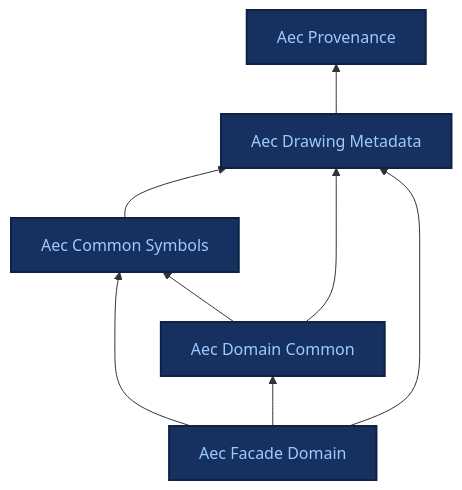
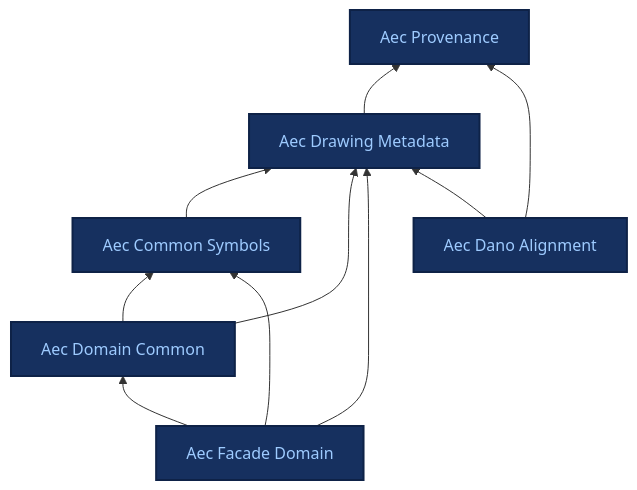
One commit to BuroHappoldMachineLearning/ADIRO changed the diagram in docs/ontologies/index.md. Above: the diagram before and after it, drawn with Mermaid. The commit also changed other lines of this file and 11 other files, not shown here.

````diff
--- a/docs/ontologies/index.md
+++ b/docs/ontologies/index.md
@@ -9,23 +9,27 @@
 ```mermaid
 %%{init: {"themeCSS": ".base .nodeLabel,.base .nodeLabel p,.base text,.base tspan{fill:#9ecbff !important;color:#9ecbff !important}.current .nodeLabel,.current .nodeLabel p,.current text,.current tspan{fill:#16305f !important;color:#16305f !important}"} }%%
 graph BT
     aec_provenance["Aec Provenance"]
     aec_drawing_metadata["Aec Drawing Metadata"]
     aec_common_symbols["Aec Common Symbols"]
     aec_domain_common["Aec Domain Common"]
     aec_facade_domain["Aec Facade Domain"]
+    aec_dano_alignment["Aec Dano Alignment"]
     aec_drawing_metadata --> aec_provenance
     aec_common_symbols --> aec_drawing_metadata
     aec_domain_common --> aec_common_symbols
     aec_domain_common --> aec_drawing_metadata
     aec_facade_domain --> aec_common_symbols
     aec_facade_domain --> aec_domain_common
     aec_facade_domain --> aec_drawing_metadata
+    aec_dano_alignment --> aec_drawing_metadata
+    aec_dano_alignment --> aec_provenance
     click aec_provenance "aec_provenance/" "Aec Provenance reference page"
     click aec_drawing_metadata "aec_drawing_metadata/" "Aec Drawing Metadata reference page"
     click aec_common_symbols "aec_common_symbols/" "Aec Common Symbols reference page"
     click aec_domain_common "aec_domain_common/" "Aec Domain Common reference page"
     click aec_facade_domain "aec_facade_domain/" "Aec Facade Domain reference page"
+    click aec_dano_alignment "aec_dano_alignment/" "Aec Dano Alignment reference page"
     classDef base fill:#16305f,stroke:#0e2247,stroke-width:2px,color:#9ecbff;
-    class aec_provenance,aec_drawing_metadata,aec_common_symbols,aec_domain_common,aec_facade_domain base;
+    class aec_provenance,aec_drawing_metadata,aec_common_symbols,aec_domain_common,aec_facade_domain,aec_dano_alignment base;
 ```
````
